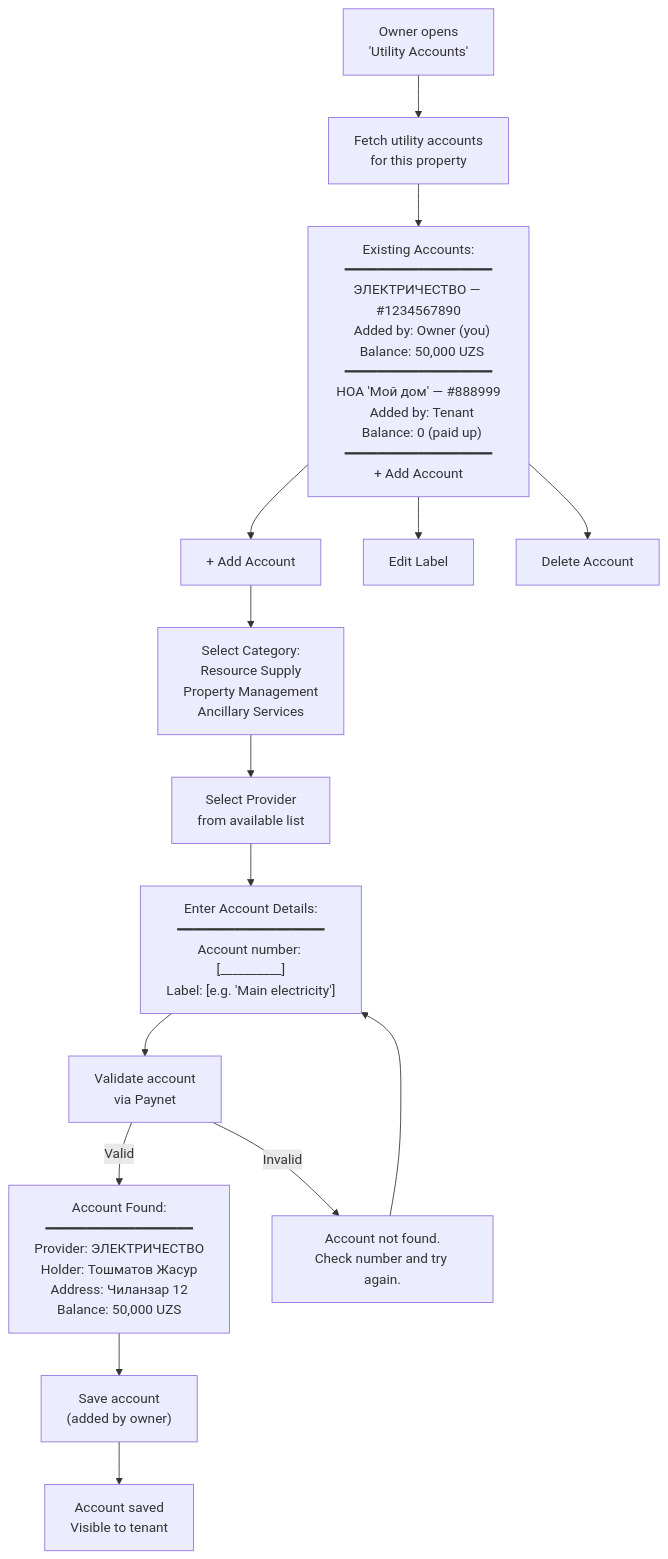
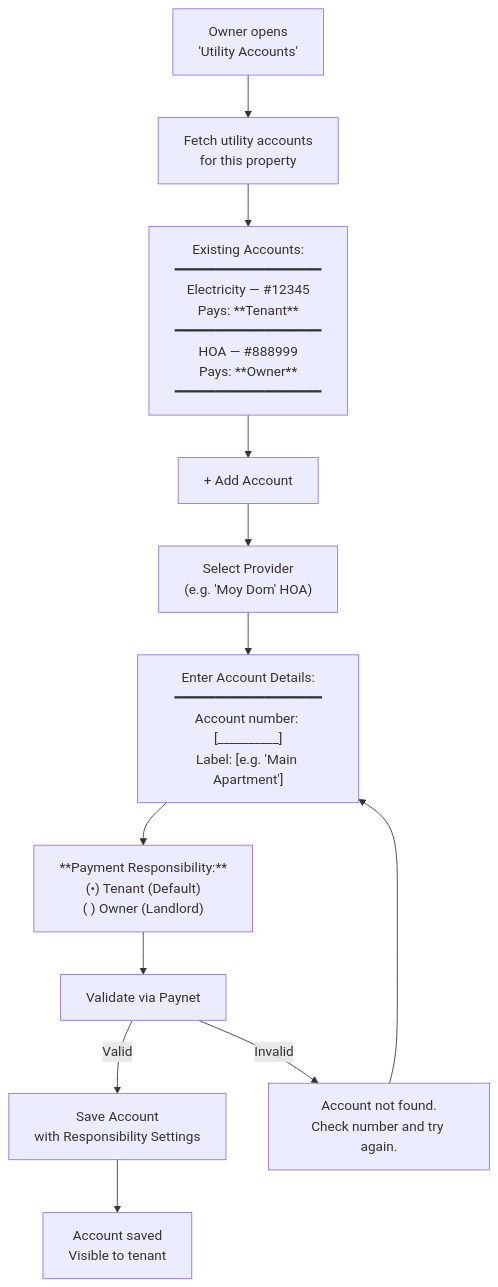
One commit to saodatm-dev/Utilities---Informational-Architecture changed the sixth of 10 diagrams in Utilities - Business Owner.md. Above: the diagram before and after it, drawn with Mermaid. The commit also changed other lines of this file, not shown here.

Commit message:
feat: introduce per-utility account payment responsibility for owners, tenants, and update related flows and UI.

````diff
--- a/Utilities - Business Owner.md
+++ b/Utilities - Business Owner.md
@@ -181,26 +182,22 @@
 ```mermaid
 flowchart TD
     ACCOUNTS["Owner opens<br/>'Utility Accounts'"] --> LOAD["Fetch utility accounts<br/>for this property"]
 
-    LOAD --> LIST["Existing Accounts:<br/>━━━━━━━━━━━━━━━━━━<br/>ЭЛЕКТРИЧЕСТВО — #1234567890<br/>  Added by: Owner (you)<br/>  Balance: 50,000 UZS<br/>━━━━━━━━━━━━━━━━━━<br/>HOA 'Мой дом' — #888999<br/>  Added by: Tenant<br/>  Balance: 0 (paid up)<br/>━━━━━━━━━━━━━━━━━━<br/>+ Add Account"]
+    LOAD --> LIST["Existing Accounts:<br/>━━━━━━━━━━━━━━━━━━<br/>Electricity — #12345<br/>  Pays: **Tenant**<br/>━━━━━━━━━━━━━━━━━━<br/>HOA — #888999<br/>  Pays: **Owner**<br/>━━━━━━━━━━━━━━━━━━"]
 
     LIST --> ADD["+ Add Account"]
-    LIST --> EDIT_LABEL["Edit Label"]
-    LIST --> DELETE_ACC["Delete Account"]
 
-    ADD --> CATEGORY["Select Category:<br/>Resource Supply<br/>Property Management<br/>Ancillary Services"]
+    ADD --> PROVIDER["Select Provider<br/>(e.g. 'Moy Dom' HOA)"]
 
-    CATEGORY --> PROVIDER["Select Provider<br/>from available list"]
+    PROVIDER --> INPUT_ACC["Enter Account Details:<br/>━━━━━━━━━━━━━━━━━━<br/>Account number: [__________]<br/>Label: [e.g. 'Main Apartment']"]
 
-    PROVIDER --> INPUT_ACC["Enter Account Details:<br/>━━━━━━━━━━━━━━━━━━<br/>Account number: [__________]<br/>Label: [e.g. 'Main electricity']"]
+    INPUT_ACC --> RESP_TOGGLE["**Payment Responsibility:**<br/>(•) Tenant (Default)<br/>( ) Owner (Landlord)"]
 
-    INPUT_ACC --> VALIDATE_BVM["Validate account<br/>via Paynet"]
+    RESP_TOGGLE --> VALIDATE["Validate via Paynet"]
 
-    VALIDATE_BVM -->|"Valid"| FOUND["Account Found:<br/>━━━━━━━━━━━━━━━━━━<br/>Provider: ЭЛЕКТРИЧЕСТВО<br/>Holder: Тошматов Жасур<br/>Address: Чиланзар 12<br/>Balance: 50,000 UZS"]
-    VALIDATE_BVM -->|"Invalid"| NOT_FOUND["Account not found.<br/>Check number and try again."]
+    VALIDATE -->|"Valid"| SAVE["Save Account<br/>with Responsibility Settings"]
+    VALIDATE -->|"Invalid"| NOT_FOUND["Account not found.<br/>Check number and try again."]
     NOT_FOUND --> INPUT_ACC
-
-    FOUND --> SAVE["Save account<br/>(added by owner)"]
 
     SAVE --> SAVED["Account saved<br/>Visible to tenant"]
 ```
````
